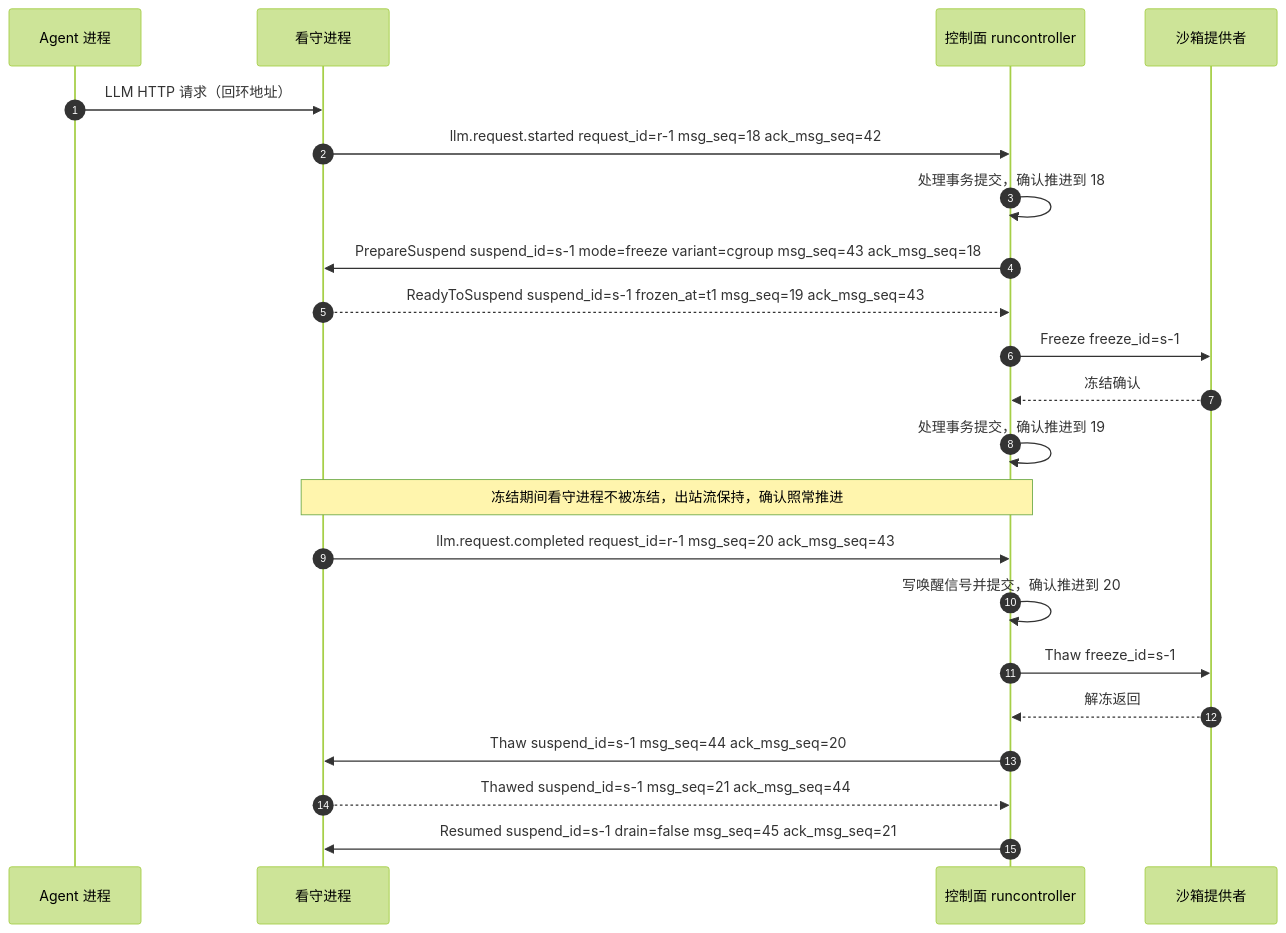
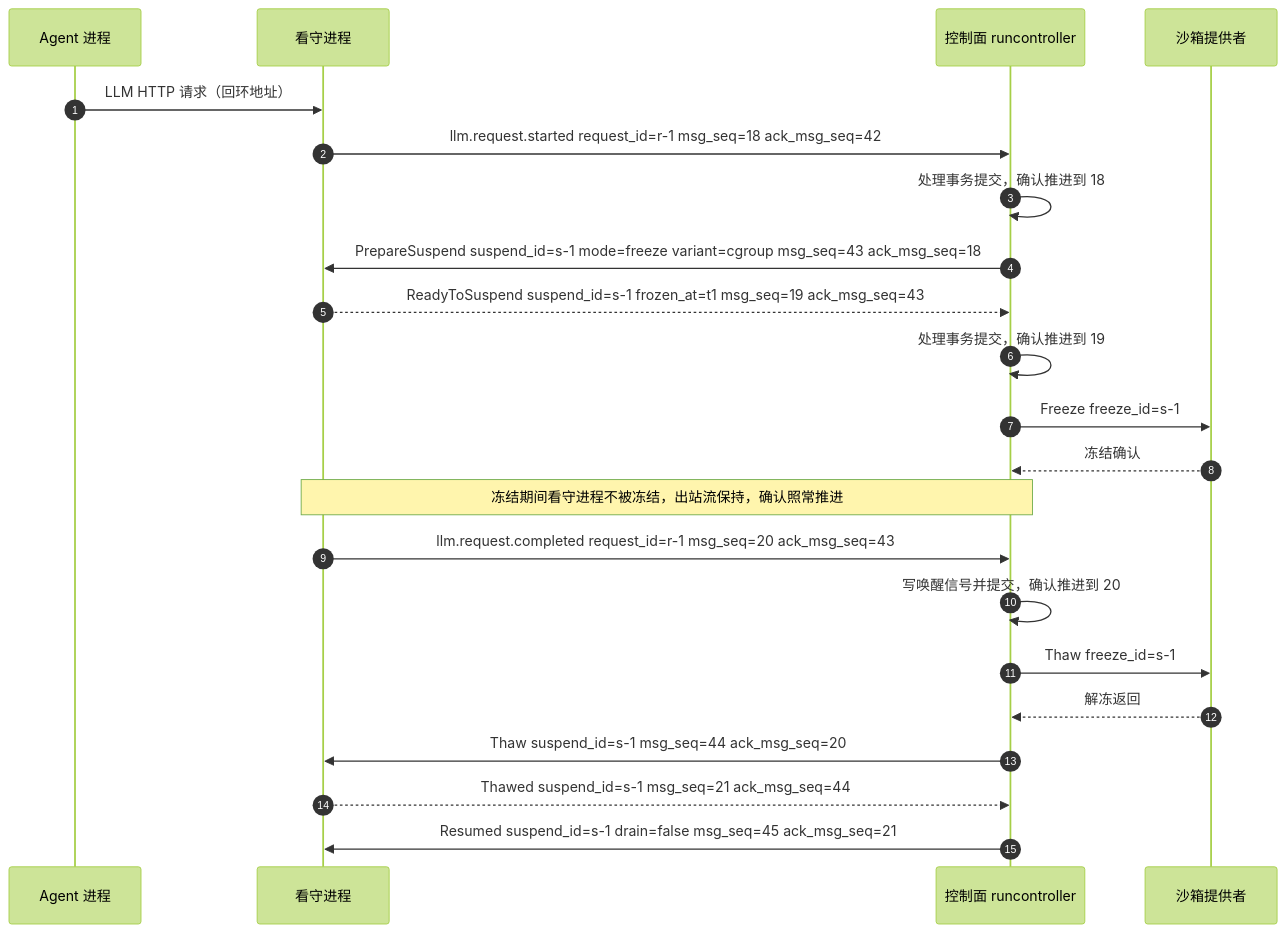
The third of 6 diagrams in docs/design/modules/design-agentprotocol.md (wangzw/castworks), drawn with Mermaid (forest theme) before and after one commit. The commit also changed other lines of this file and 37 other files, not shown here.

````diff
--- a/docs/design/modules/design-agentprotocol.md
+++ b/docs/design/modules/design-agentprotocol.md
@@ -357,24 +360,24 @@
 ```mermaid
 sequenceDiagram
     autonumber
     participant A as Agent 进程
     participant W as 看守进程
     participant R as 控制面 runcontroller
     participant P as 沙箱提供者
     A->>W: LLM HTTP 请求（回环地址）
     W->>R: llm.request.started request_id=r-1 msg_seq=18 ack_msg_seq=42
     R->>R: 处理事务提交，确认推进到 18
     R->>W: PrepareSuspend suspend_id=s-1 mode=freeze variant=cgroup msg_seq=43 ack_msg_seq=18
     W-->>R: ReadyToSuspend suspend_id=s-1 frozen_at=t1 msg_seq=19 ack_msg_seq=43
+    R->>R: 处理事务提交，确认推进到 19
     R->>P: Freeze freeze_id=s-1
     P-->>R: 冻结确认
-    R->>R: 处理事务提交，确认推进到 19
     Note over W,R: 冻结期间看守进程不被冻结，出站流保持，确认照常推进
     W->>R: llm.request.completed request_id=r-1 msg_seq=20 ack_msg_seq=43
     R->>R: 写唤醒信号并提交，确认推进到 20
     R->>P: Thaw freeze_id=s-1
     P-->>R: 解冻返回
     R->>W: Thaw suspend_id=s-1 msg_seq=44 ack_msg_seq=20
     W-->>R: Thawed suspend_id=s-1 msg_seq=21 ack_msg_seq=44
     R->>W: Resumed suspend_id=s-1 drain=false msg_seq=45 ack_msg_seq=21
 ```
````
